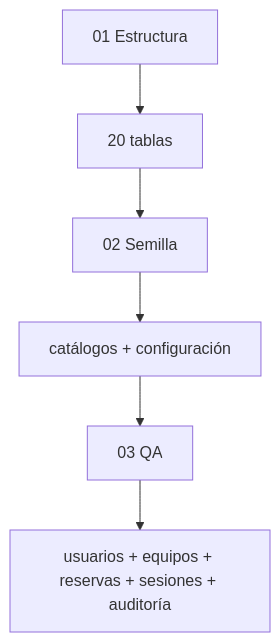
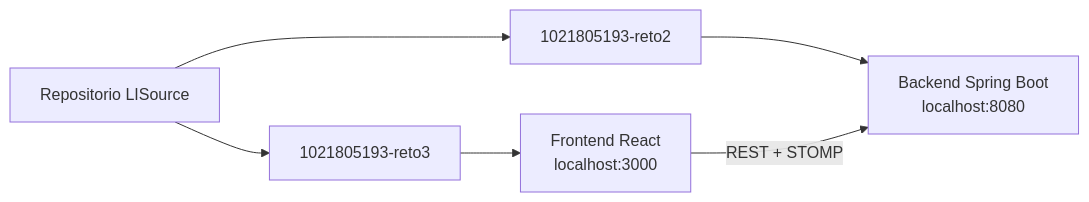
Before and after one commit to lisudea/technical-test-2026-2: the tenth of 19 diagrams in lisource-frontend/README.md, drawn with Mermaid. The commit also changed other lines of this file and 1 other file, not shown here.

Commit message:
docs(frontend): refine project documentation

````diff
--- a/lisource-frontend/README.md
+++ b/lisource-frontend/README.md
@@ -672,8 +504,12 @@
 ```mermaid
-flowchart TB
-  A[01 Estructura] --> B[20 tablas]
-  B --> C[02 Semilla]
-  C --> D[catálogos + configuración]
-  D --> E[03 QA]
-  E --> F[usuarios + equipos + reservas + sesiones + auditoría]
+flowchart LR
+    Repo[Repositorio LISource]
+
+    Repo --> R2[1021805193-reto2]
+    Repo --> R3[1021805193-reto3]
+
+    R2 --> B[Backend Spring Boot<br/>localhost:8080]
+    R3 --> F[Frontend React<br/>localhost:3000]
+
+    F -->|REST + STOMP| B
 ```
````
